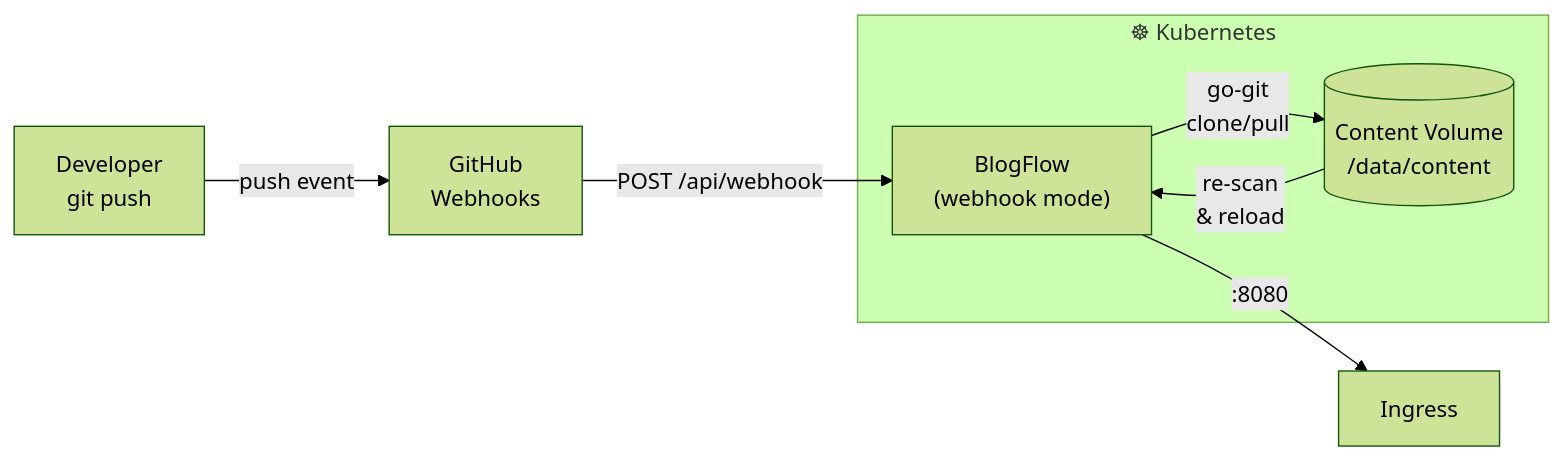
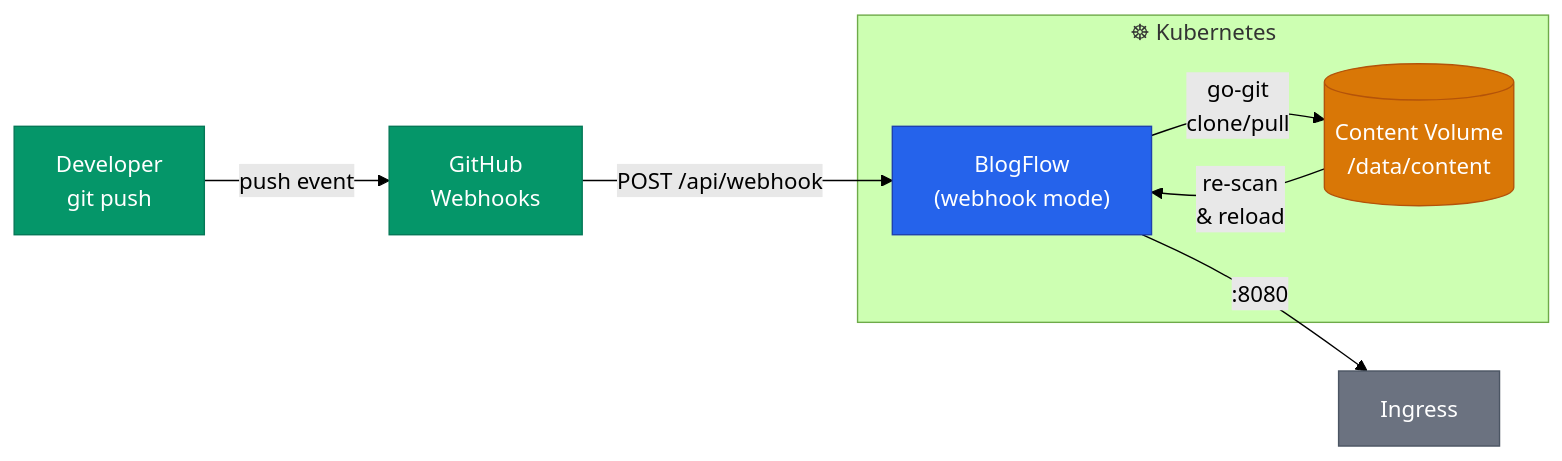
Before and after one commit to khaines/blogflow: the fourth of 8 diagrams in docs/deployment-guide.md, drawn with Mermaid (forest theme). The commit also changed other lines of this file and 1 other file, not shown here.

Commit message:
docs: apply consistent Mermaid theme to user-facing diagrams

````diff
--- a/docs/deployment-guide.md
+++ b/docs/deployment-guide.md
@@ -296,12 +309,17 @@
 ```mermaid
 graph LR
-    Dev["Developer\ngit push"] -->|"push event"| GH["GitHub\nWebhooks"]
+    classDef primary fill:#2563eb,stroke:#1e40af,color:#fff
+    classDef external fill:#059669,stroke:#047857,color:#fff
+    classDef storage fill:#d97706,stroke:#b45309,color:#fff
+    classDef muted fill:#6b7280,stroke:#4b5563,color:#fff
+
+    Dev["Developer<br/>git push"]:::external -->|"push event"| GH["GitHub<br/>Webhooks"]:::external
     GH -->|"POST /api/webhook"| BF
 
     subgraph K8s ["☸ Kubernetes"]
-        BF["BlogFlow\n(webhook mode)"] -->|"go-git\nclone/pull"| Vol[("Content Volume\n/data/content")]
-        Vol -->|"re-scan\n& reload"| BF
+        BF["BlogFlow<br/>(webhook mode)"]:::primary -->|"go-git<br/>clone/pull"| Vol[("Content Volume<br/>/data/content")]:::storage
+        Vol -->|"re-scan<br/>& reload"| BF
     end
 
-    BF -->|":8080"| Ingress["Ingress"]
+    BF -->|":8080"| Ingress["Ingress"]:::muted
 ```
````
